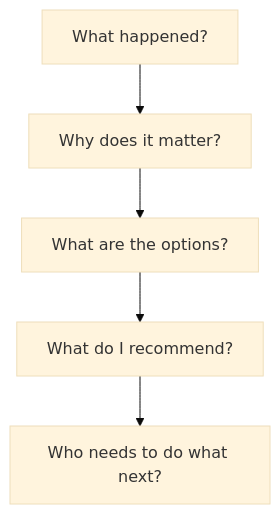
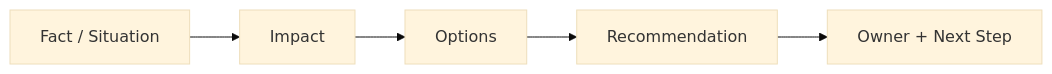
Before and after one commit to AvadhBhalodiya/Interview-Preparation: the first of 5 diagrams in src/content/behavioral/stakeholder-communication.md, drawn with Mermaid (base theme). The commit also changed other lines of this file and 54 other files, not shown here.

````diff
--- a/src/content/behavioral/stakeholder-communication.md
+++ b/src/content/behavioral/stakeholder-communication.md
@@ -21,7 +22,7 @@
 ```mermaid
-flowchart TD
-    A[What happened?] --> B[Why does it matter?]
-    B --> C[What are the options?]
-    C --> D[What do I recommend?]
-    D --> E[Who needs to do what next?]
+flowchart LR
+    A[Fact / Situation] --> B[Impact]
+    B --> C[Options]
+    C --> D[Recommendation]
+    D --> E[Owner + Next Step]
 ```
````
